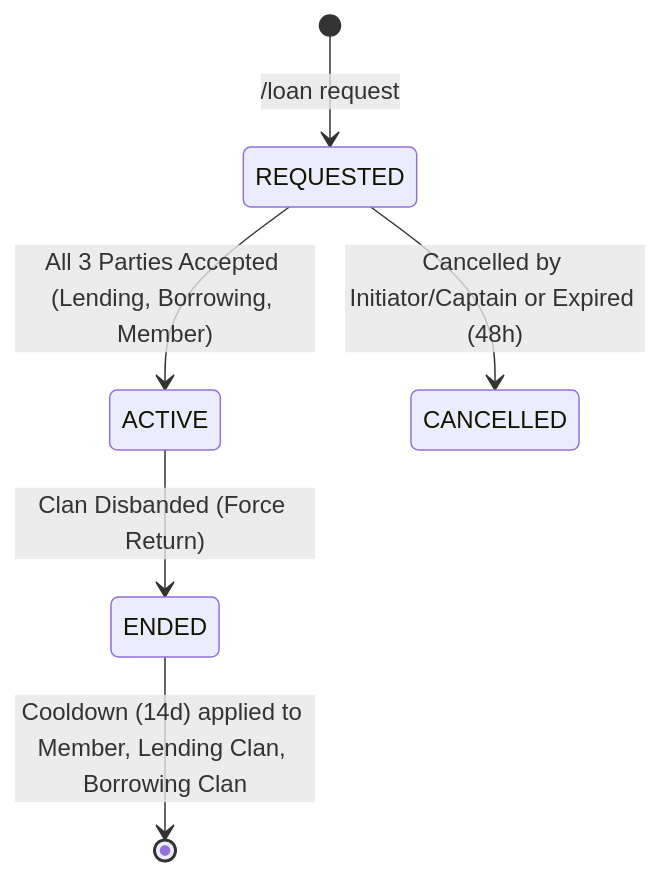
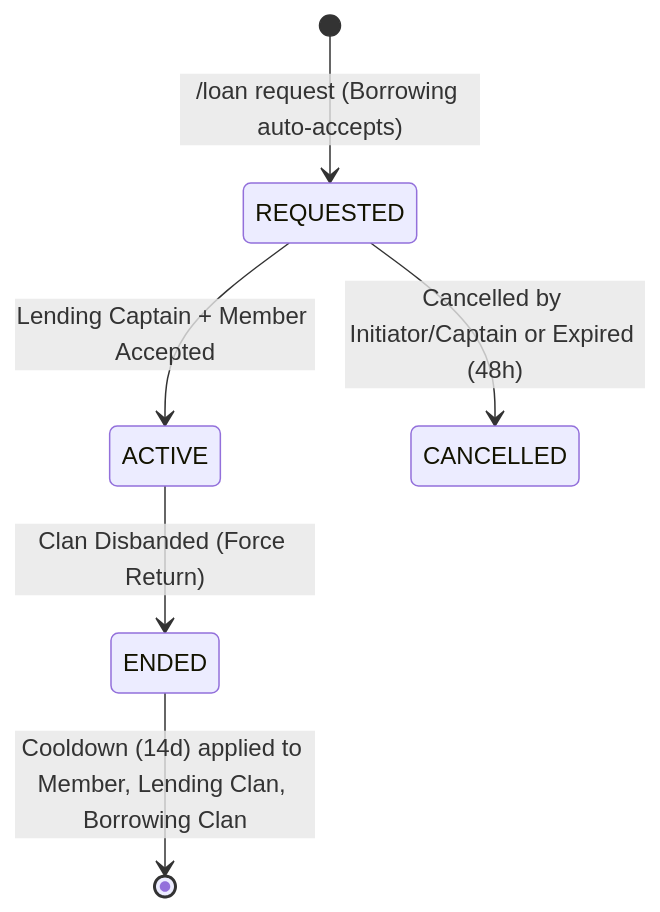
The third of 6 diagrams in STATES.md (MonsieurNikko/ClanVXT), drawn with Mermaid before and after one commit. The commit also changed other lines of this file and 5 other files, not shown here.

Commit message:
docs: update all MD files for v1.2.27a-d (loan 2-party accept, admin fix_roles, DB migration)

````diff
--- a/STATES.md
+++ b/STATES.md
@@ -57,8 +57,8 @@
 ```mermaid
 stateDiagram-v2
-    [*] --> REQUESTED: /loan request
-    REQUESTED --> ACTIVE: All 3 Parties Accepted (Lending, Borrowing, Member)
+    [*] --> REQUESTED: /loan request (Borrowing auto-accepts)
+    REQUESTED --> ACTIVE: Lending Captain + Member Accepted
     REQUESTED --> CANCELLED: Cancelled by Initiator/Captain or Expired (48h)
     ENDED --> [*]: Cooldown (14d) applied to Member, Lending Clan, Borrowing Clan
     ACTIVE --> ENDED: Clan Disbanded (Force Return)
 ```
````
